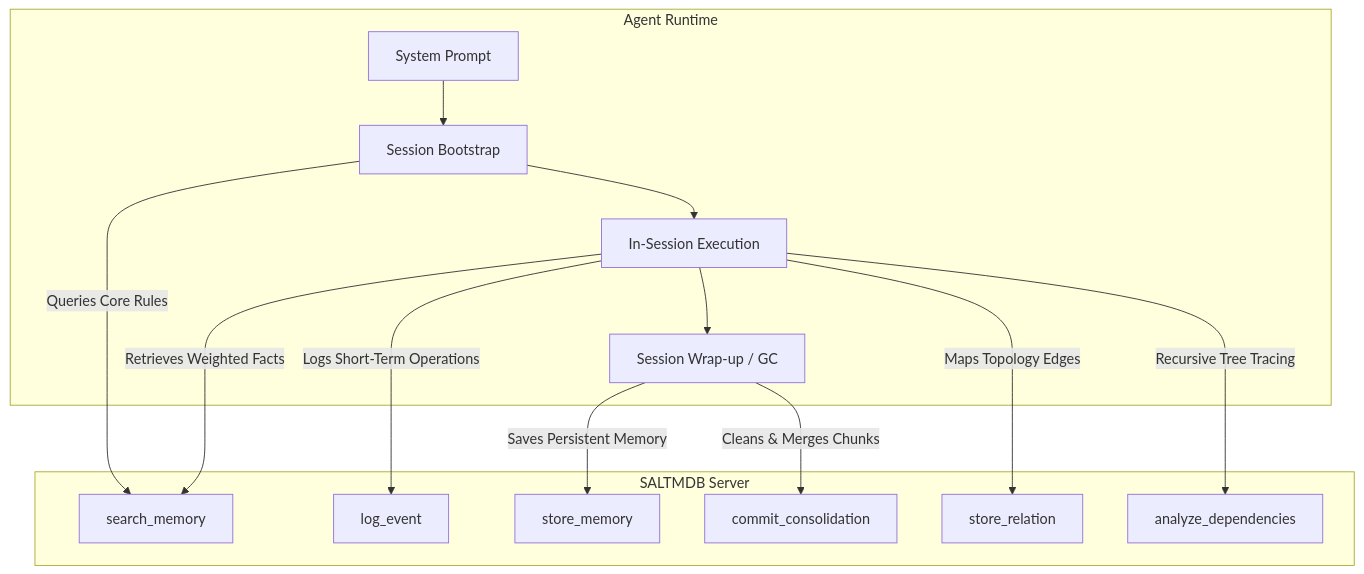
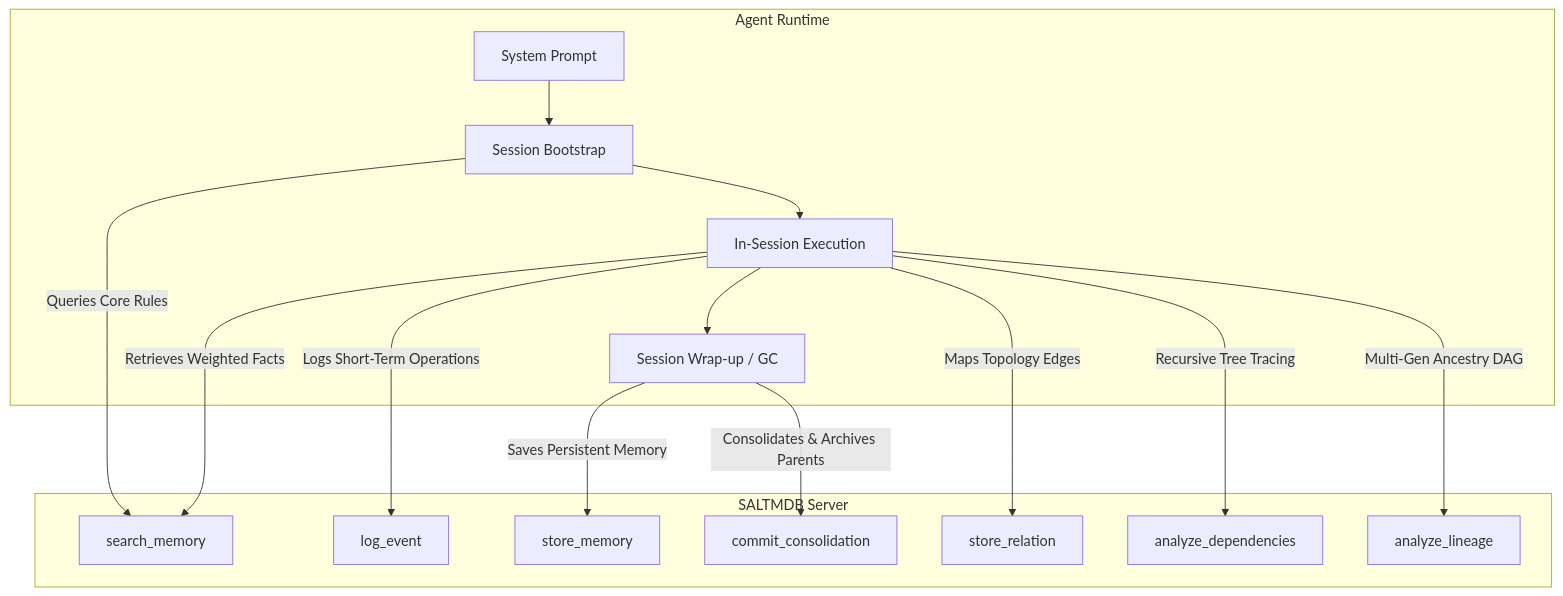
Before and after one commit to zbalint/SALTMDB: the first of 2 diagrams in AGENT_GUIDE.md, drawn with Mermaid. The commit also changed other lines of this file, not shown here.

Commit message:
docs: update AGENT_GUIDE.md with v0.1.0-alpha.24 tools, design principles, smart entity resolution, and lineage DAG

````diff
--- a/AGENT_GUIDE.md
+++ b/AGENT_GUIDE.md
@@ -11,17 +11,18 @@
 ```mermaid
 graph TD
     subgraph Client [Agent Runtime]
         A[System Prompt] --> B[Session Bootstrap]
         B --> C[In-Session Execution]
         C --> D[Session Wrap-up / GC]
     end
     subgraph MCP [SALTMDB Server]
         B -->|Queries Core Rules| E[search_memory]
         C -->|Logs Short-Term Operations| F[log_event]
         C -->|Retrieves Weighted Facts| E
         D -->|Saves Persistent Memory| G[store_memory]
-        D -->|Cleans & Merges Chunks| H[commit_consolidation]
+        D -->|Consolidates & Archives Parents| H[commit_consolidation]
         C -->|Maps Topology Edges| I[store_relation]
         C -->|Recursive Tree Tracing| J[analyze_dependencies]
+        C -->|Multi-Gen Ancestry DAG| K[analyze_lineage]
     end
 ```
````
